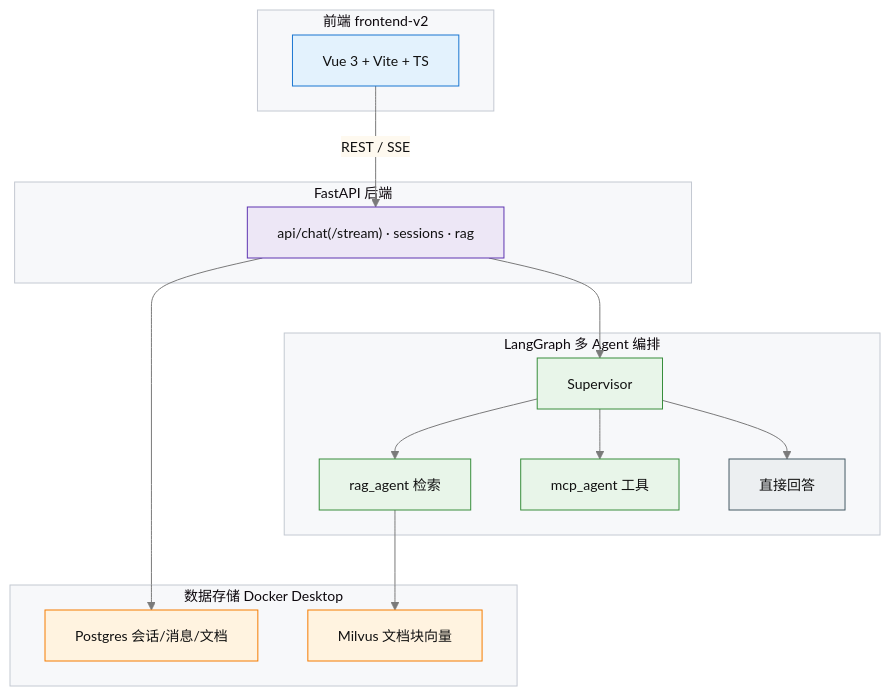
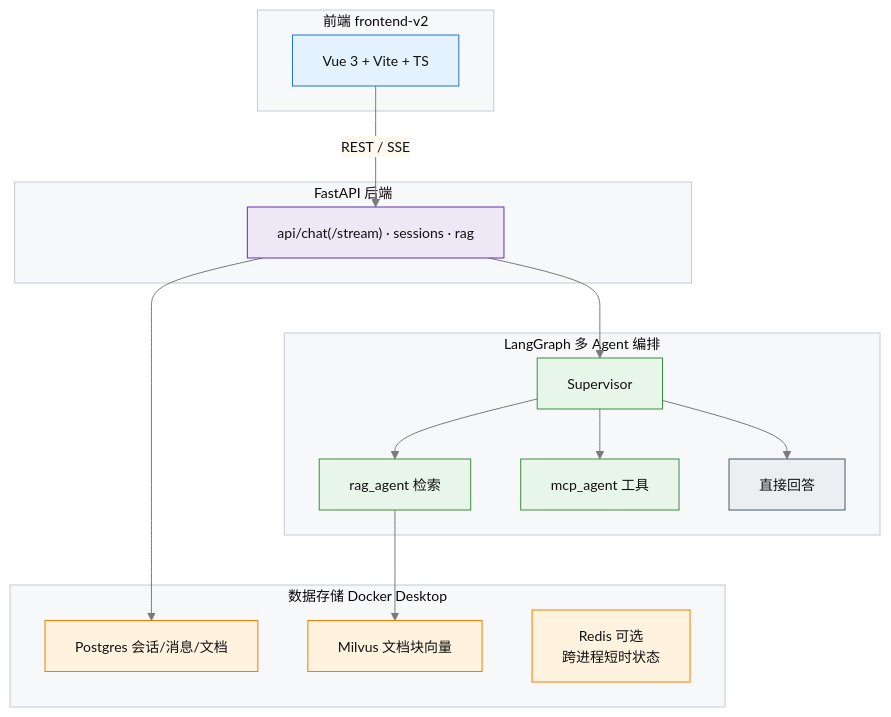
One commit to Zhuliqx/Agentchat changed the first of 4 diagrams in docs/ARCHITECTURE.md. Above: the diagram before and after it, drawn with Mermaid. The commit also changed other lines of this file and 16 other files, not shown here.

````diff
--- a/docs/ARCHITECTURE.md
+++ b/docs/ARCHITECTURE.md
@@ -19,33 +19,34 @@
 ```mermaid
 %%{init: {"theme":"base", "themeVariables": {"primaryColor":"#ecf3ff", "primaryBorderColor":"#3b6fd4", "primaryTextColor":"#111", "lineColor":"#7a7a7a", "fontSize":"14px", "clusterBkg":"#f7f8fa", "clusterBorder":"#c4c9d2", "secondaryColor":"#fef9ef", "tertiaryColor":"#f2f7f2", "actorBkg":"#ecf3ff", "actorBorder":"#3b6fd4", "noteBkg":"#fef9ef"}}}%%
 flowchart TB
     classDef agent fill:#e8f5e9,stroke:#388e3c
     classDef api fill:#ede7f6,stroke:#5e35b1
     classDef data fill:#efebe9,stroke:#6d4c41
     classDef fe fill:#e3f2fd,stroke:#1976d2
     classDef rag fill:#fff3e0,stroke:#f57c00
     classDef tool fill:#eceff1,stroke:#455a64
     subgraph FE["前端 frontend-v2"]
         F["Vue 3 + Vite + TS"]:::fe
     end
     subgraph API["FastAPI 后端"]
         A["api/chat(/stream) · sessions · rag"]:::api
     end
     subgraph AGENT["LangGraph 多 Agent 编排"]
         S["Supervisor"]:::agent
         RA["rag_agent 检索"]:::agent
         MC["mcp_agent 工具"]:::agent
         DR["直接回答"]:::tool
     end
     subgraph D["数据存储 Docker Desktop"]
         PG["Postgres 会话/消息/文档"]:::rag
         MV["Milvus 文档块向量"]:::rag
+        RD["Redis 可选<br>跨进程短时状态"]:::rag
     end
     F -->|"REST / SSE"| A
     A --> S
     S --> RA
     S --> MC
     S --> DR
     RA --> MV
     A --> PG
 ```
````
